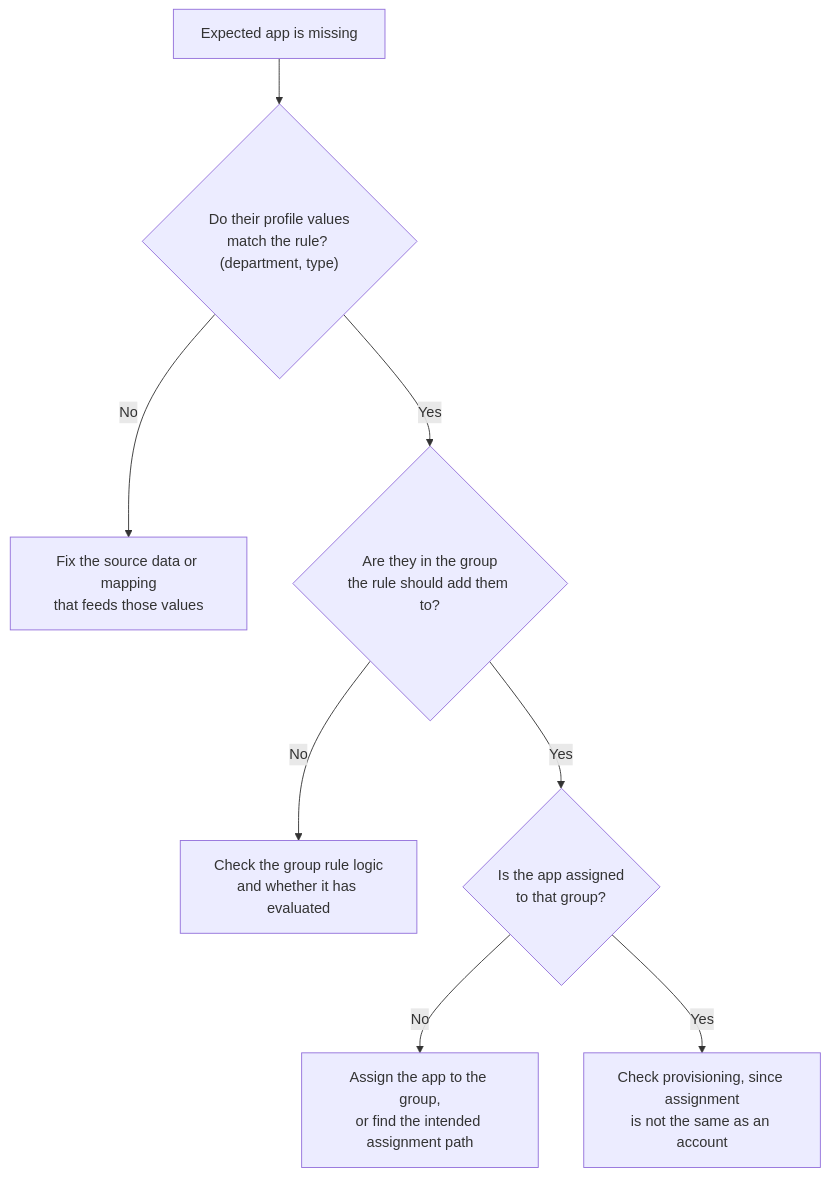
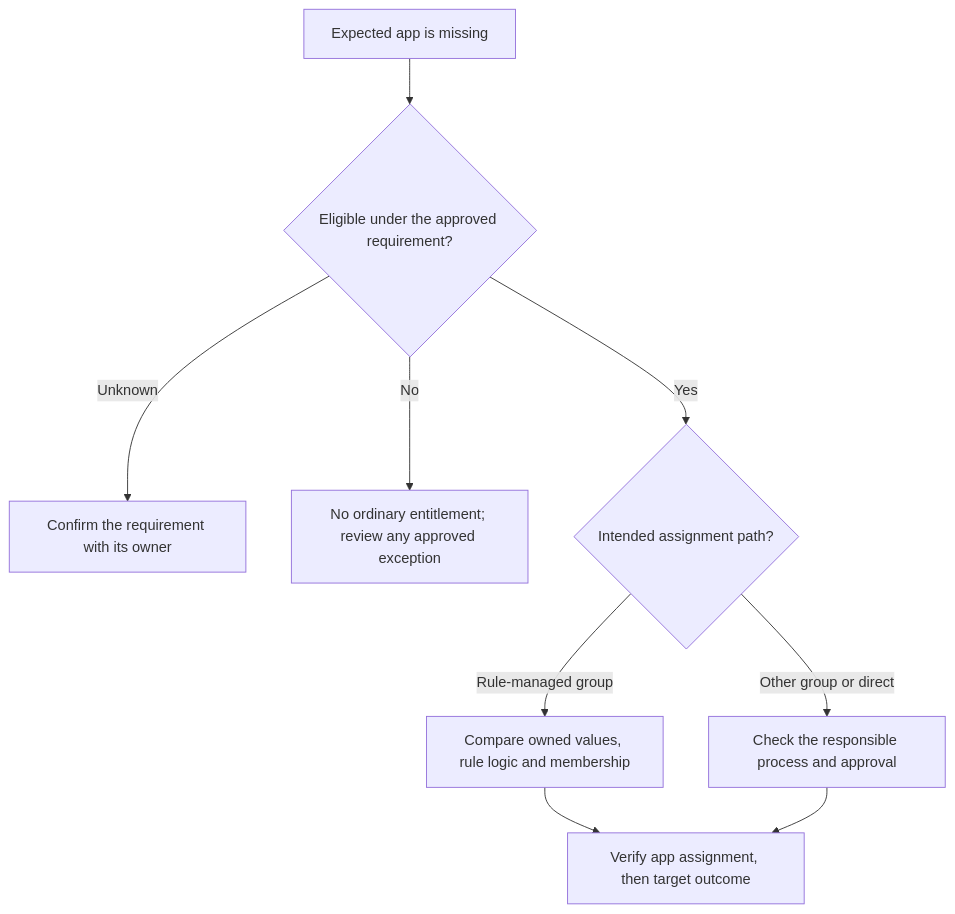
One commit to TedxHarry/Okta_Theory changed the second of 7 diagrams in reference/troubleshooting-playbook.md. Above: the diagram before and after it, drawn with Mermaid. The commit also changed other lines of this file and 63 other files, not shown here.

Commit message:
Clarify course references and repair Pages navigation and diagrams

````diff
--- a/reference/troubleshooting-playbook.md
+++ b/reference/troubleshooting-playbook.md
@@ -37,10 +37,11 @@
 ```mermaid
 flowchart TD
-  S["Expected app is missing"] --> Q1{"Do their profile values<br/>match the rule? (department, type)"}
-  Q1 -->|No| A1["Fix the source data or mapping<br/>that feeds those values"]
-  Q1 -->|Yes| Q2{"Are they in the group<br/>the rule should add them to?"}
-  Q2 -->|No| A2["Check the group rule logic<br/>and whether it has evaluated"]
-  Q2 -->|Yes| Q3{"Is the app assigned<br/>to that group?"}
-  Q3 -->|No| A3["Assign the app to the group,<br/>or find the intended assignment path"]
-  Q3 -->|Yes| A4["Check provisioning, since assignment<br/>is not the same as an account"]
+  S["Expected app is missing"] --> Q1{"Eligible under the approved requirement?"}
+  Q1 -->|Unknown| A1["Confirm the requirement with its owner"]
+  Q1 -->|No| A2["No ordinary entitlement; review any approved exception"]
+  Q1 -->|Yes| Q2{"Intended assignment path?"}
+  Q2 -->|Rule-managed group| A3["Compare owned values, rule logic and membership"]
+  Q2 -->|Other group or direct| A4["Check the responsible process and approval"]
+  A3 --> A5["Verify app assignment, then target outcome"]
+  A4 --> A5
 ```
````
